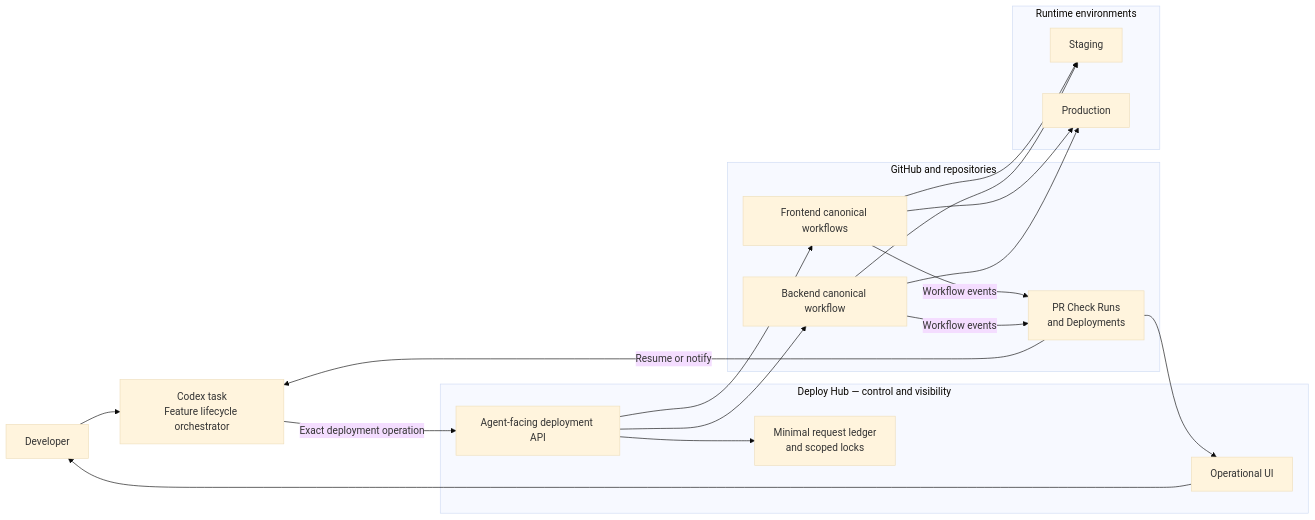
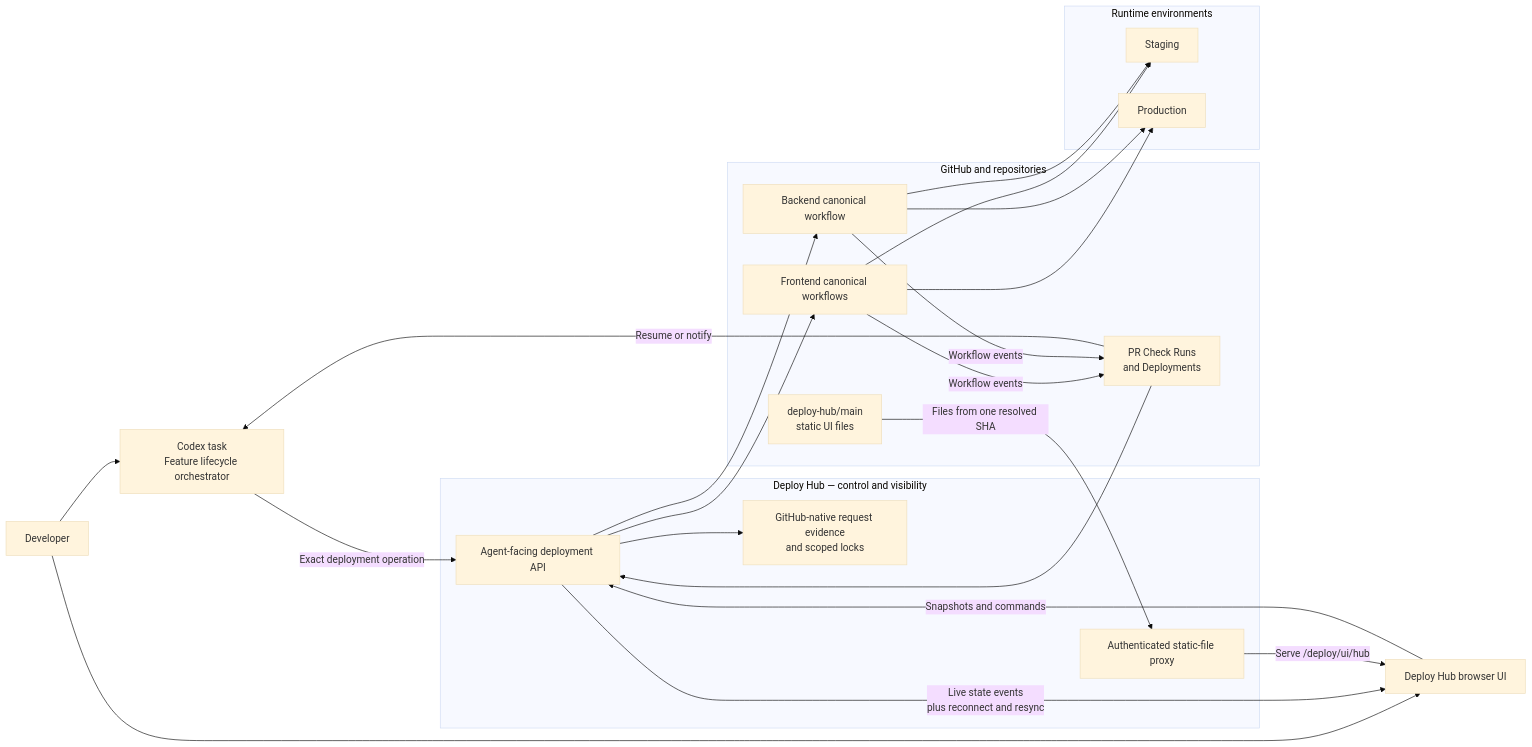
The first of 2 diagrams in docs/architecture.md (6529-Collections/deploy-hub), drawn with Mermaid (base theme) before and after one commit. The commit also changed other lines of this file and 9 other files, not shown here.

Commit message:
Finalize Deploy Hub v1 requirements

````diff
--- a/docs/architecture.md
+++ b/docs/architecture.md
@@ -16,37 +16,42 @@
 ```mermaid
 flowchart LR
     U["Developer"] --> A["Codex task<br/>Feature lifecycle orchestrator"]
+    U --> UI["Deploy Hub browser UI"]
 
     subgraph H["Deploy Hub — control and visibility"]
         API["Agent-facing deployment API"]
-        L["Minimal request ledger<br/>and scoped locks"]
-        UI["Operational UI"]
+        L["GitHub-native request evidence<br/>and scoped locks"]
+        P["Authenticated static-file proxy"]
     end
 
     subgraph G["GitHub and repositories"]
+        UIS["deploy-hub/main<br/>static UI files"]
         PR["PR Check Runs<br/>and Deployments"]
         FE["Frontend canonical workflows"]
         BE["Backend canonical workflow"]
     end
 
     subgraph E["Runtime environments"]
         STG["Staging"]
         PROD["Production"]
     end
 
     A -->|"Exact deployment operation"| API
+    UI -->|"Snapshots and commands"| API
+    API -->|"Live state events<br/>plus reconnect and resync"| UI
+    UIS -->|"Files from one resolved SHA"| P
+    P -->|"Serve /deploy/ui/hub"| UI
     API --> L
     API --> FE
     API --> BE
 
     FE --> STG
     FE --> PROD
     BE --> STG
     BE --> PROD
 
     FE -->|"Workflow events"| PR
     BE -->|"Workflow events"| PR
-    PR --> UI
+    PR --> API
     PR -->|"Resume or notify"| A
-    UI --> U
 ```
````
